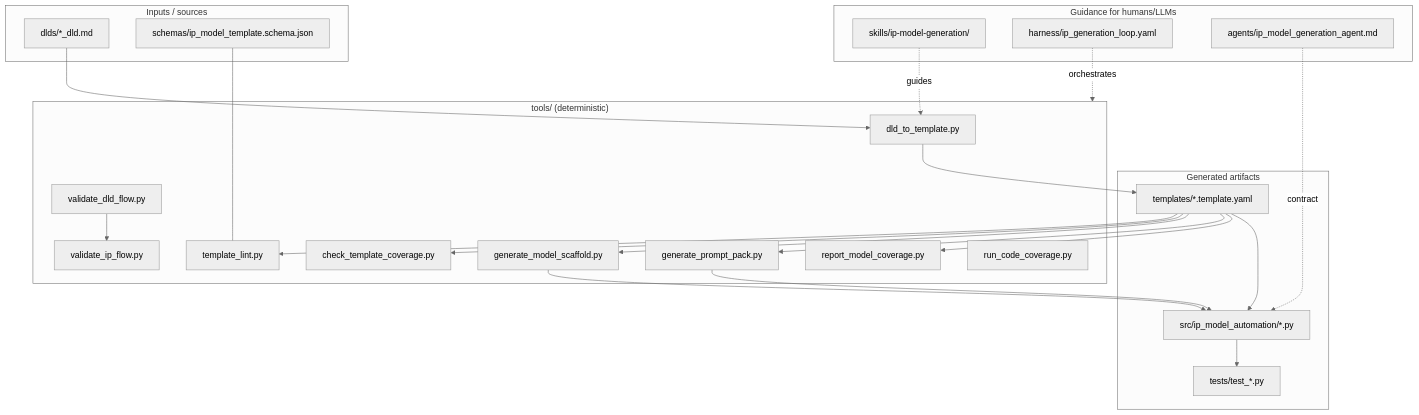
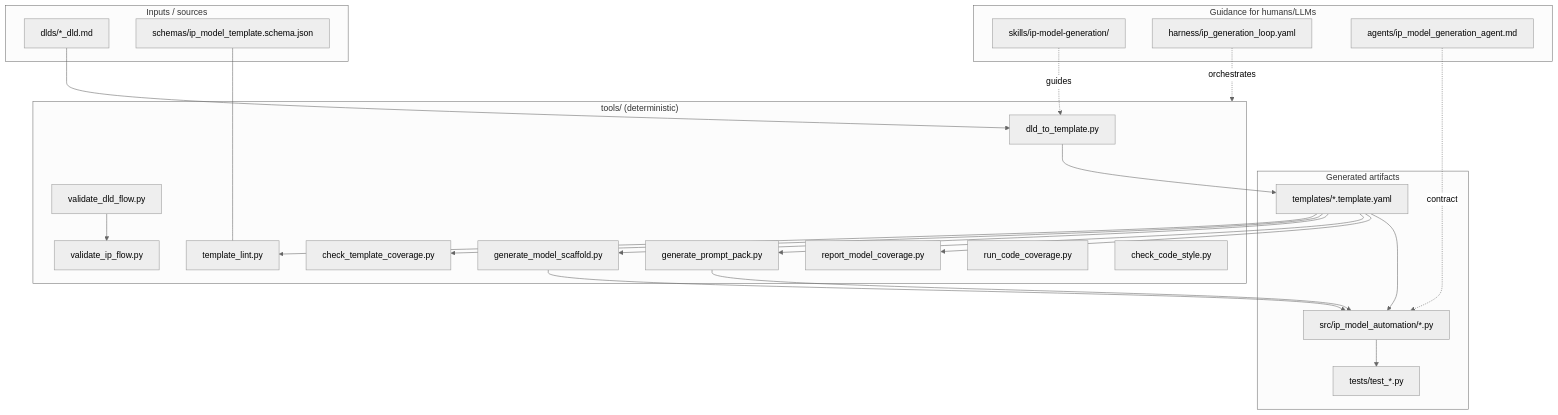
The eighth of 8 diagrams in docs/project_overview.md (kushkumar16/ip_model_automation), drawn with Mermaid (neutral theme) before and after one commit. The commit also changed other lines of this file and 4 other files, not shown here.

First line of the commit message:
Refresh the project overview and flow diagrams to match the pipeline

````diff
--- a/docs/project_overview.md
+++ b/docs/project_overview.md
@@ -504,39 +512,40 @@
 ```mermaid
 flowchart TB
     subgraph inputs["Inputs / sources"]
         DLDS["dlds/*_dld.md"]
         SCHEMA["schemas/ip_model_template.schema.json"]
     end
     subgraph tools["tools/ (deterministic)"]
         T1["dld_to_template.py"]
         T2["template_lint.py"]
         T3["check_template_coverage.py"]
         T4["generate_model_scaffold.py"]
         T5["generate_prompt_pack.py"]
         T6["report_model_coverage.py"]
         T7["validate_ip_flow.py"]
         T8["validate_dld_flow.py"]
         T9["run_code_coverage.py"]
+        T10["check_code_style.py"]
     end
     subgraph guidance["Guidance for humans/LLMs"]
         SK["skills/ip-model-generation/"]
         HR["harness/ip_generation_loop.yaml"]
         AG["agents/ip_model_generation_agent.md"]
     end
     subgraph outputs["Generated artifacts"]
         TPL["templates/*.template.yaml"]
         MOD["src/ip_model_automation/*.py"]
         TST["tests/test_*.py"]
     end
 
     DLDS --> T1 --> TPL
     SCHEMA --- T2
     TPL --> T2 & T3 & T4 & T5 & T6
     T4 --> MOD
     T5 --> MOD
     TPL --> MOD --> TST
     T8 --> T7
     SK -.guides.-> T1
     HR -.orchestrates.-> tools
     AG -.contract.-> MOD
 ```
````
